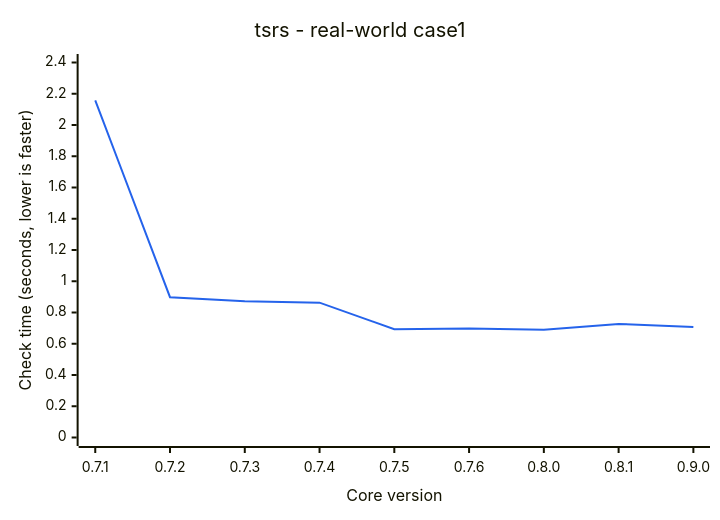
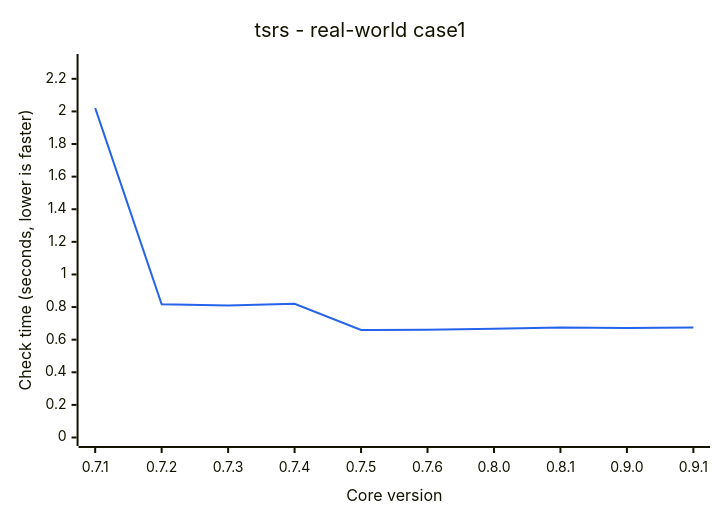
The diagram in README.md (ismailkarsli/TypeSQL), drawn with Mermaid before and after one commit. The commit also changed other lines of this file and 32 other files, not shown here.

````diff
--- a/README.md
+++ b/README.md
@@ -149,13 +149,13 @@
 ```mermaid
 ---
 config:
   themeVariables:
     xyChart:
       plotColorPalette: "#2563eb"
 ---
 xychart-beta
     title "tsrs - real-world case1"
-    x-axis "Core version" ["0.7.1", "0.7.2", "0.7.3", "0.7.4", "0.7.5", "0.7.6", "0.8.0", "0.8.1", "0.9.0"]
-    y-axis "Check time (seconds, lower is faster)" 0 --> 2.4
-    line [2.158, 0.898, 0.872, 0.863, 0.693, 0.698, 0.689, 0.727, 0.707]
+    x-axis "Core version" ["0.7.1", "0.7.2", "0.7.3", "0.7.4", "0.7.5", "0.7.6", "0.8.0", "0.8.1", "0.9.0", "0.9.1"]
+    y-axis "Check time (seconds, lower is faster)" 0 --> 2.3
+    line [2.021, 0.817, 0.809, 0.82, 0.659, 0.661, 0.667, 0.675, 0.671, 0.674]
 ```
````
